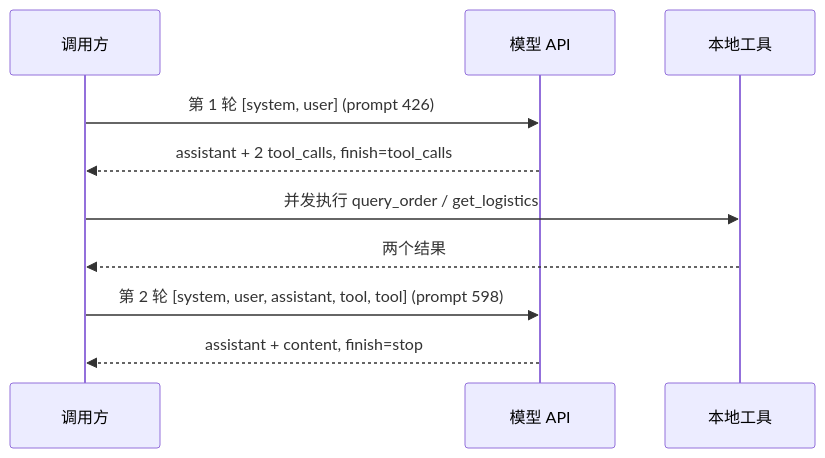
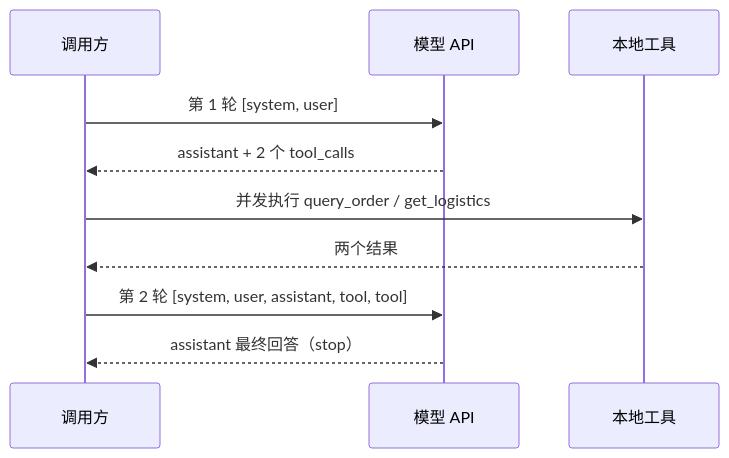
The diagram in notes/phase2/day06/function-calling-session.md (chayu163/java-agent-lab), drawn with Mermaid before and after one commit. The commit also changed other lines of this file and 1 other file, not shown here.

````diff
--- a/notes/phase2/day06/function-calling-session.md
+++ b/notes/phase2/day06/function-calling-session.md
@@ -26,12 +26,12 @@
 ```mermaid
 sequenceDiagram
     participant App as 调用方
     participant API as 模型 API
     participant Tool as 本地工具
-    App->>API: 第 1 轮 [system, user] (prompt 426)
-    API-->>App: assistant + 2 tool_calls, finish=tool_calls
+    App->>API: 第 1 轮 [system, user]
+    API-->>App: assistant + 2 个 tool_calls
     App->>Tool: 并发执行 query_order / get_logistics
     Tool-->>App: 两个结果
-    App->>API: 第 2 轮 [system, user, assistant, tool, tool] (prompt 598)
-    API-->>App: assistant + content, finish=stop
+    App->>API: 第 2 轮 [system, user, assistant, tool, tool]
+    API-->>App: assistant 最终回答（stop）
 ```
````
